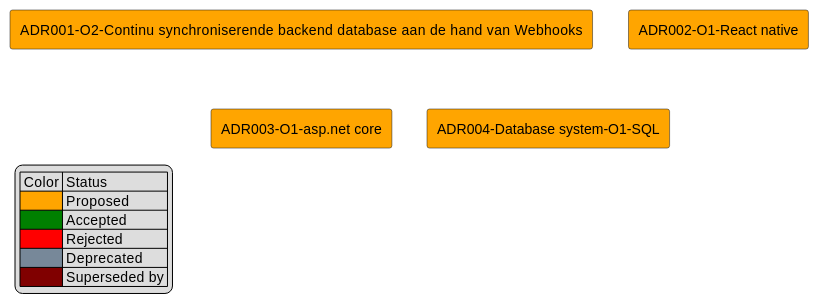
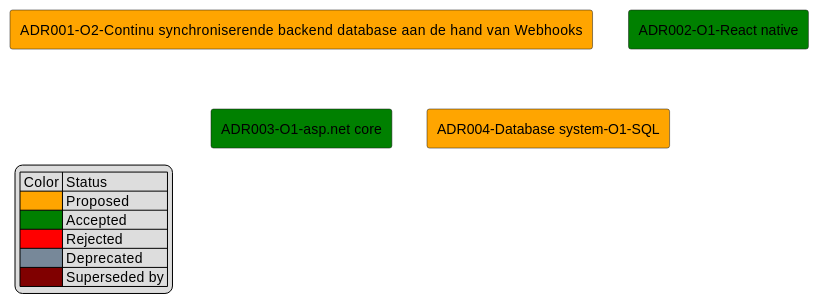
One commit to DCReceveur/pre-afstudeer-docs changed the sixth of 6 diagrams in Documentatie/Software Architecture Document.md. Above: the diagram before and after it, drawn with PlantUML. The commit also changed other lines of this file, not shown here.

````diff
--- a/Documentatie/Software Architecture Document.md
+++ b/Documentatie/Software Architecture Document.md
@@ -75,21 +197,17 @@
 ```plantuml
 
 rectangle "ADR001-O2-Continu synchroniserende backend database aan de hand van Webhooks" as ADR001o2 #Orange
-rectangle "ADR002-O1-React native" as ADR002 #Orange
-rectangle "ADR003-O1-asp.net core" as ADR003 #Orange
+rectangle "ADR002-O1-React native" as ADR002 #Green
+rectangle "ADR003-O1-asp.net core" as ADR003 #Green
 rectangle "ADR004-Database system-O1-SQL" as ADR004 #Orange
-
-' ADR001o1 --> ADR001o2 : Alternative for
-' ADR001o3 --> ADR001o2 : Alternative for
-' ADR001o4 --> ADR001o2 : Alternative for
 
 legend left
     | Color | Status |
     |<#Orange>| Proposed |
     |<#Green>| Accepted |
     |<#Red>| Rejected |
     | <#LightSlateGray> | Deprecated |
     | <#Maroon> | Superseded by |
 endlegend
 
 ```
````
